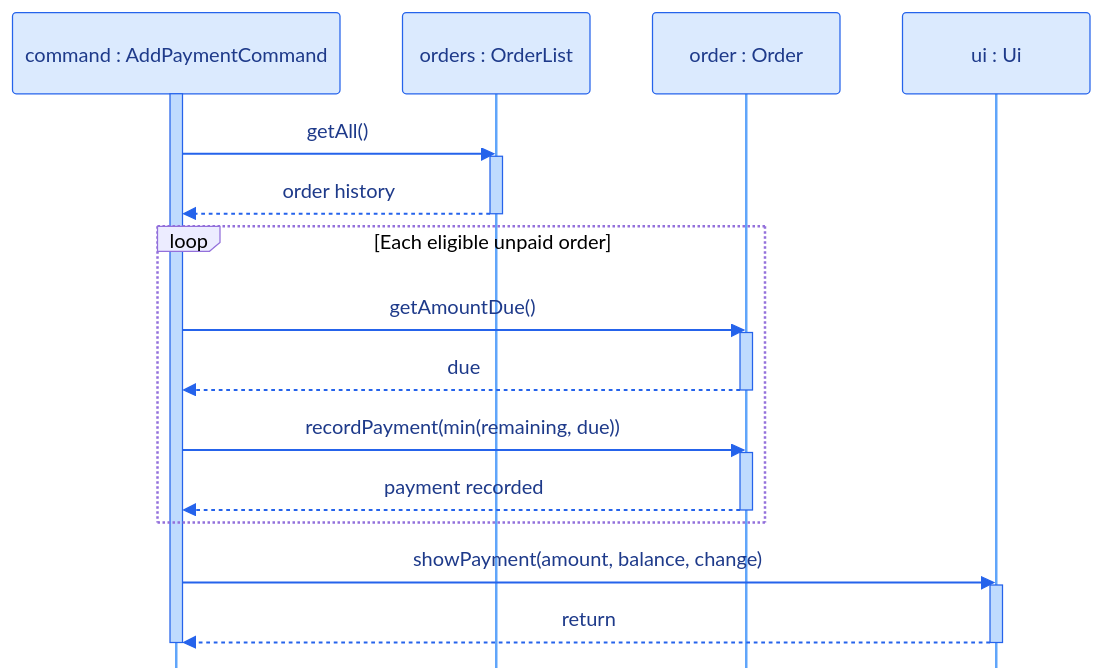
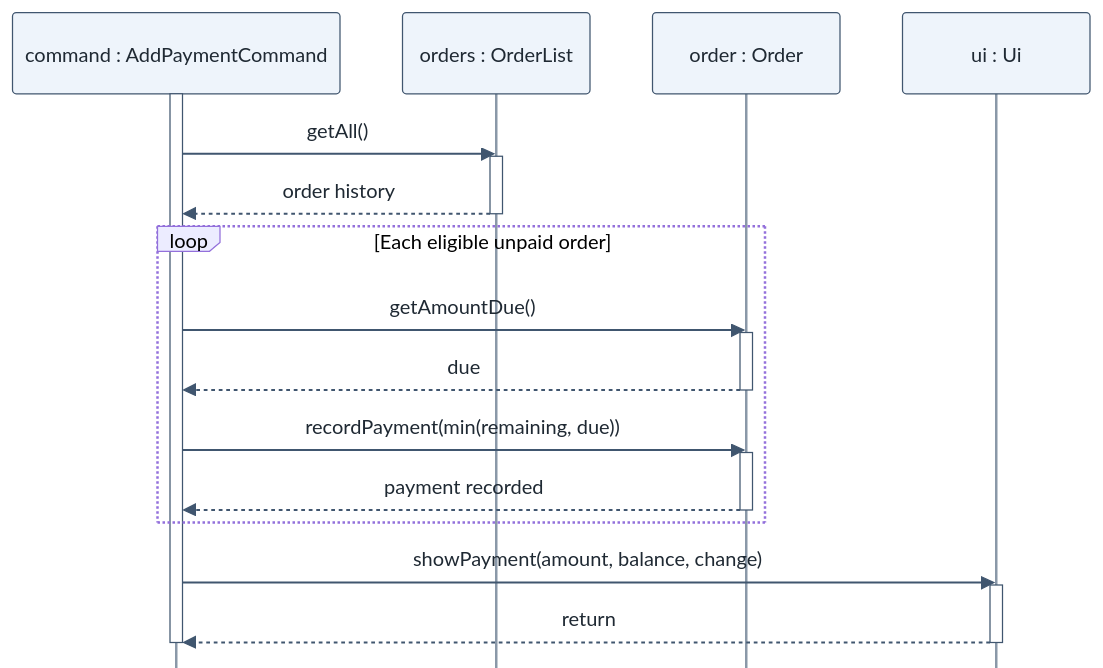
Before and after one commit to AY2627S1-CS2113-T11-1/tp: the diagram in docs/diagrams/customer-payment.mmd, drawn with Mermaid. The commit also changed 7 other files, not shown here.

First line of the commit message:
docs: align sequence diagram styling

```diff
--- a/docs/diagrams/customer-payment.mmd
+++ b/docs/diagrams/customer-payment.mmd
@@ -1,27 +1,27 @@
-%%{init: {"sequence": {"mirrorActors": false}, "themeCSS": ".actor-line { stroke-dasharray: 4 4; } .loopLine { stroke-dasharray: none !important; }", "themeVariables": {"actorBkg": "#dbeafe", "actorBorder": "#2563eb", "actorTextColor": "#1e3a8a", "actorLineColor": "#60a5fa", "signalColor": "#2563eb", "signalTextColor": "#1e3a8a", "activationBkgColor": "#bfdbfe", "activationBorderColor": "#2563eb"}}}%%
+%%{init: {"sequence": {"mirrorActors": false}, "themeCSS": ".actor-line { stroke-dasharray: 5 5; } .loopLine { stroke-dasharray: none !important; }", "themeVariables": {"actorBkg": "#eef4fb", "actorBorder": "#40566f", "actorTextColor": "#1f2933", "actorLineColor": "#8a98a8", "signalColor": "#40566f", "signalTextColor": "#1f2933", "activationBkgColor": "#ffffff", "activationBorderColor": "#40566f"}}}%%
 sequenceDiagram
     %% Partial payments are allocated across eligible orders in creation order.
     participant C as command : AddPaymentCommand
     participant L as orders : OrderList
     participant O as order : Order
     participant U as ui : Ui
     activate C
     C->>L: getAll()
     activate L
     L-->>C: order history
     deactivate L
     loop Each eligible unpaid order
         C->>O: getAmountDue()
         activate O
         O-->>C: due
         deactivate O
         C->>O: recordPayment(min(remaining, due))
         activate O
         O-->>C: payment recorded
         deactivate O
     end
     C->>U: showPayment(amount, balance, change)
     activate U
     U-->>C: return
     deactivate U
     deactivate C
```
